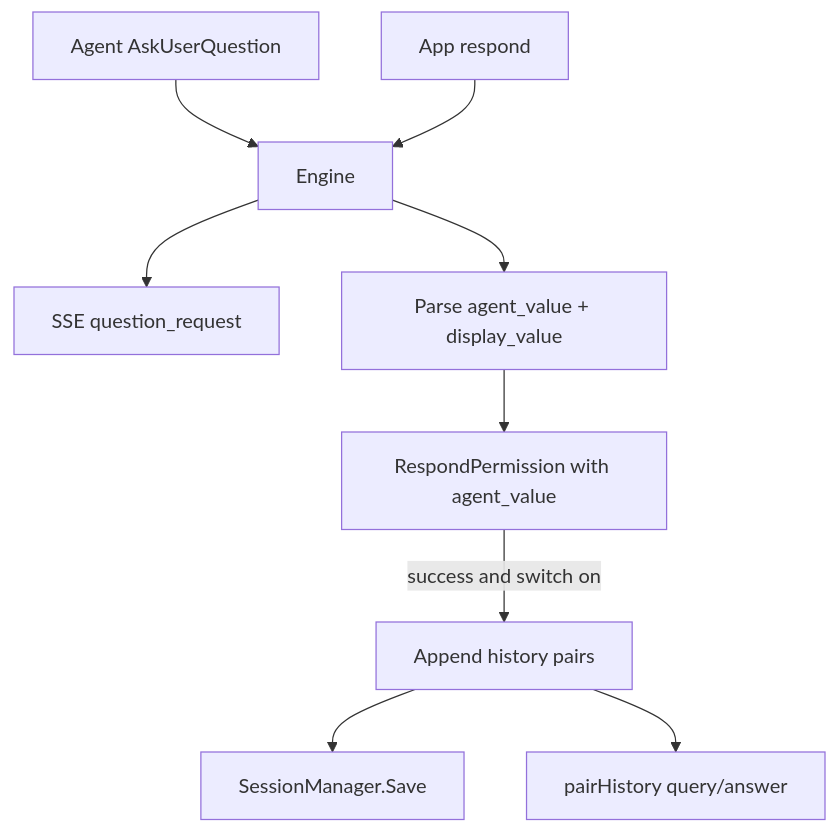
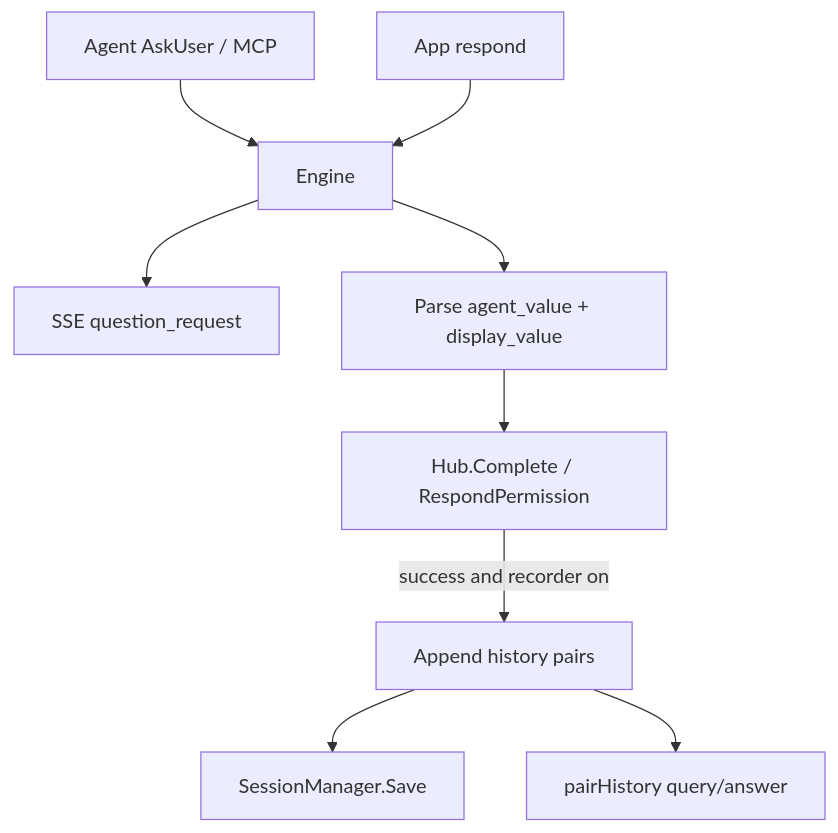
Before and after one commit to lengzhao/cc-connect: the diagram in docs/plans/2026-07-23-chat-api-askuserquestion-history-design.md, drawn with Mermaid. The commit also changed other lines of this file and 10 other files, not shown here.

First line of the commit message:
feat(chat-api): persist ask-user confirmations in history

````diff
--- a/docs/plans/2026-07-23-chat-api-askuserquestion-history-design.md
+++ b/docs/plans/2026-07-23-chat-api-askuserquestion-history-design.md
@@ -31,11 +21,11 @@
 ```mermaid
 flowchart TD
-  agent[Agent AskUserQuestion] --> eng[Engine]
+  agent[Agent AskUser / MCP] --> eng[Engine]
   eng --> sse[SSE question_request]
   user[App respond] --> eng
   eng --> dual[Parse agent_value + display_value]
-  dual --> agentResp[RespondPermission with agent_value]
-  agentResp -->|success and switch on| hist[Append history pairs]
+  dual --> agentResp[Hub.Complete / RespondPermission]
+  agentResp -->|success and recorder on| hist[Append history pairs]
   hist --> save[SessionManager.Save]
   hist --> pair[pairHistory query/answer]
 ```
````
